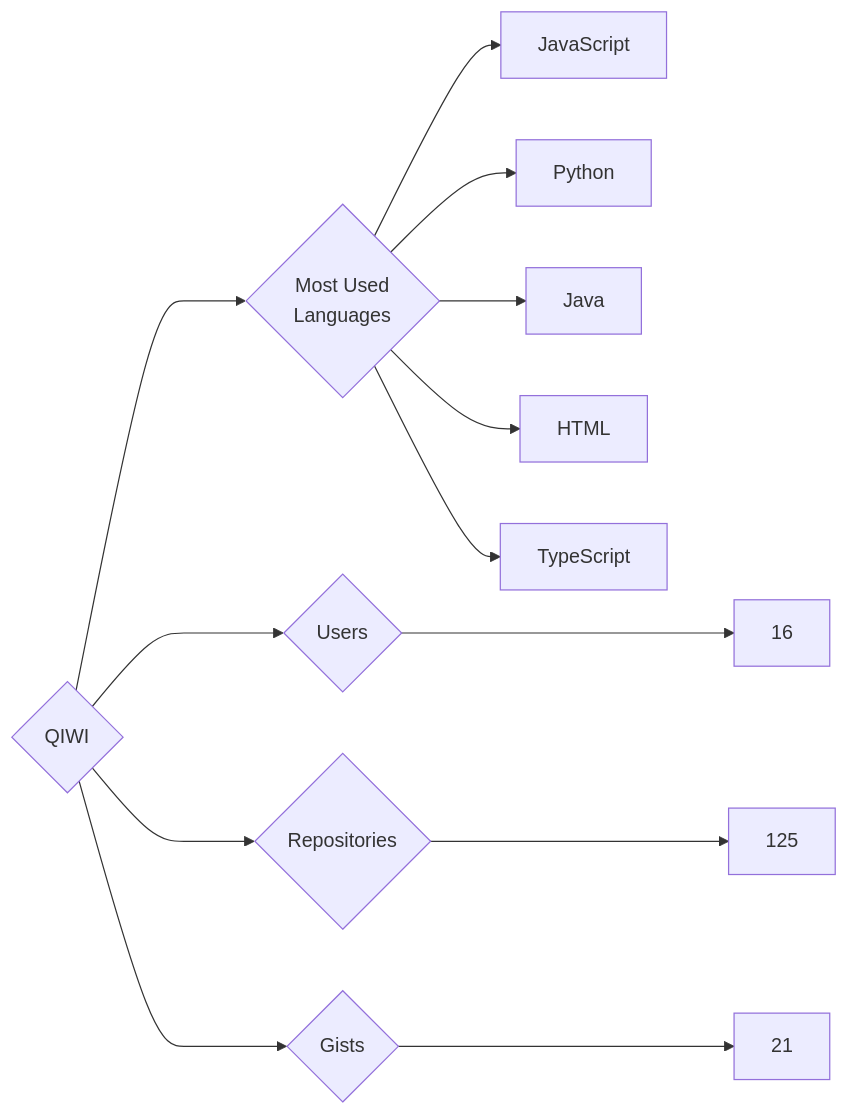
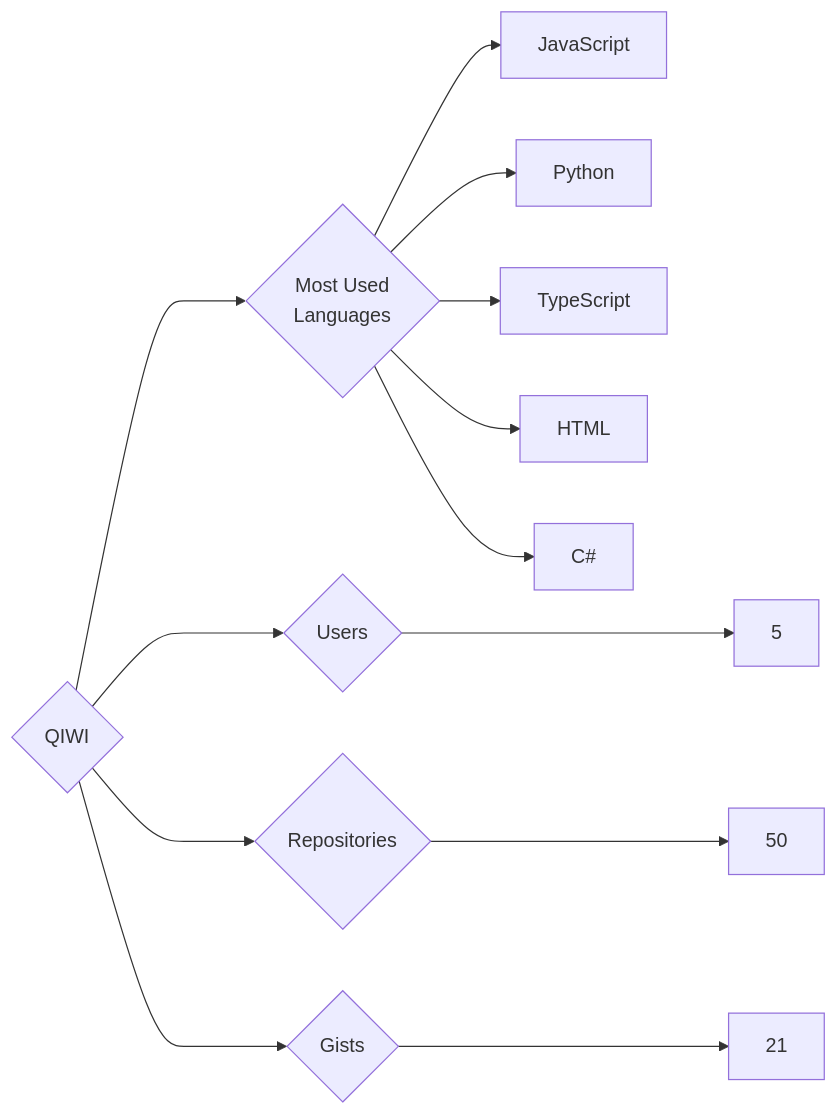
The diagram in targets/QIWI/README.md (trickest/insiders), drawn with Mermaid before and after one commit. The commit also changed 870 other files, not shown here.

````diff
--- a/targets/QIWI/README.md
+++ b/targets/QIWI/README.md
@@ -3,13 +3,13 @@
 ```mermaid
 graph LR
 COMPANY_NAME{QIWI}
-COMPANY_NAME ---> U{Users} ---> UN[16]
-COMPANY_NAME ---> R{Repositories} ---> RN[125]
+COMPANY_NAME ---> U{Users} ---> UN[5]
+COMPANY_NAME ---> R{Repositories} ---> RN[50]
 COMPANY_NAME ---> G{Gists} ---> GN[21]
 COMPANY_NAME ---> ML{Most Used<br>Languages}
 ML --> JavaScript[JavaScript]
 ML --> Python[Python]
-ML --> Java[Java]
+ML --> TypeScript[TypeScript]
 ML --> HTML[HTML]
-ML --> TypeScript[TypeScript]
+ML --> C#[C#]
 ```
````
